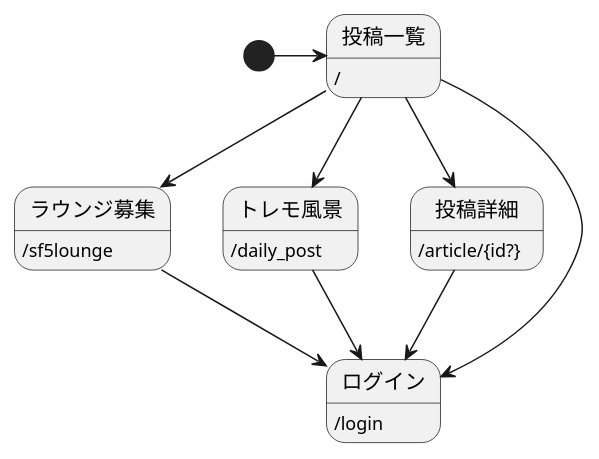
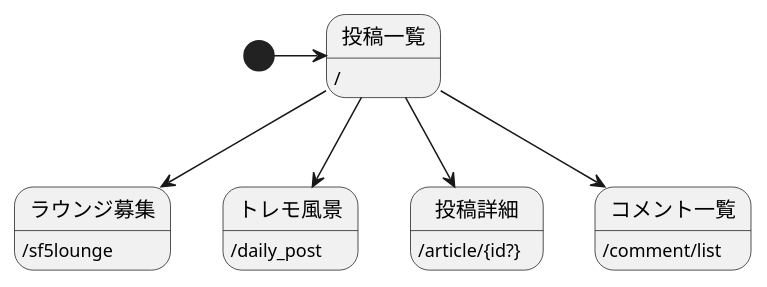
One commit to hellzkustom/PlantUml changed the diagram in フロント部画面遷移図.pu. Above: the diagram before and after it, drawn with PlantUML.

Commit message:
コメント一覧を追加

```diff
--- a/フロント部画面遷移図.pu
+++ b/フロント部画面遷移図.pu
@@ -1,26 +1,25 @@
 @startuml
 
 [*] -> 投稿一覧
 
 
 
 投稿一覧 --> ラウンジ募集
 投稿一覧 --> トレモ風景
 
 投稿一覧 --> 投稿詳細
+投稿一覧 --> コメント一覧
 
-投稿一覧 --> ログイン
-ラウンジ募集 --> ログイン
-トレモ風景 --> ログイン
-投稿詳細 --> ログイン
 
+
+コメント一覧:/comment/list
 
 投稿一覧 : /
 
 
 ラウンジ募集 : /sf5lounge
 トレモ風景 : /daily_post
 投稿詳細 : /article/{id?}
 
-ログイン : /login
+
 @enduml
```
